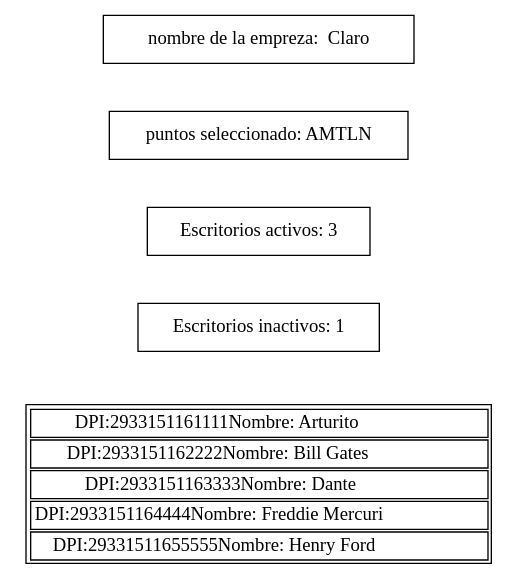
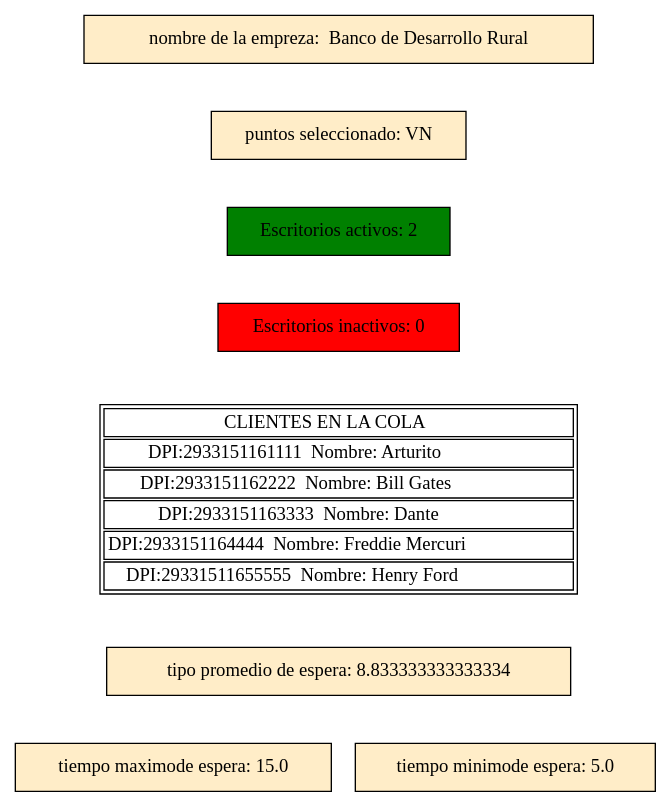
One commit to Nahomi-Aparicio/-IPC2_Proyecto2_202113293 changed the diagram in d1.dot. Above: the diagram before and after it, drawn with Graphviz. The commit also changed 11 other files, not shown here.

Commit message:
medio hecho el diagrama:c

```diff
--- a/d1.dot
+++ b/d1.dot
@@ -1,9 +1,19 @@
 digraph G{ 
 node [ shape = box ]
-no[ label="nombre de la empreza:  Claro "]
-pu[ label="puntos seleccionado: AMTLN"]
-ac[ label="Escritorios activos: 3" fillcolor="#ffbb3344"]
-in[ label="Escritorios inactivos: 1"fillcolor="red"]
-cli[shape=plaintext ,label =<<TABLE><TR><TD>DPI:2933151161111Nombre: Arturito </TD></TR><TR><TD>DPI:2933151162222Nombre: Bill Gates </TD></TR><TR><TD>DPI:2933151163333Nombre: Dante </TD></TR><TR><TD>DPI:2933151164444Nombre: Freddie Mercuri </TD></TR><TR><TD>DPI:29331511655555Nombre: Henry Ford </TD></TR></TABLE>>];
-ac -> in  [ style=invis ]no -> pu  [ style=invis ]pu -> ac  [ style=invis ]in -> cli  [ style=invis ]
+no[ label="nombre de la empreza:  Banco de Desarrollo Rural "style="filled", fillcolor="#ffbb3344"]
+pu[ label="puntos seleccionado: VN"style="filled", fillcolor="#ffbb3344"]
+ac[ label="Escritorios activos: 2"style="filled", fillcolor="green"]
+in[ label="Escritorios inactivos: 0"style="filled",fillcolor="red"]
+ti[ label="tipo promedio de espera: 8.833333333333334"style="filled", fillcolor="#ffbb3344"]
+tip[ label="tiempo maximode espera: 15.0"style="filled",fillcolor="#ffbb3344"]
+tm[ label="tiempo minimode espera: 5.0"style="filled",fillcolor="#ffbb3344"]
+cli[shape=plaintext ,label =<<TABLE><TR><TD>CLIENTES EN LA COLA</TD></TR><TR><TD>DPI:2933151161111  Nombre: Arturito </TD></TR><TR><TD>DPI:2933151162222  Nombre: Bill Gates </TD></TR><TR><TD>DPI:2933151163333  Nombre: Dante </TD></TR><TR><TD>DPI:2933151164444  Nombre: Freddie Mercuri </TD></TR><TR><TD>DPI:29331511655555  Nombre: Henry Ford </TD></TR></TABLE>>];
+ac -> in  [ style=invis ]
+no -> pu  [ style=invis ]
+pu -> ac  [ style=invis ]
+in -> cli  [ style=invis ]
+cli -> ti  [ style=invis ]
+ti -> tip  [ style=invis ]
+ti -> tm  [ style=invis ]
+
 }
```
